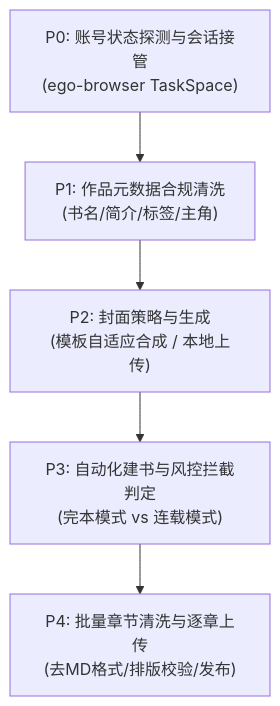
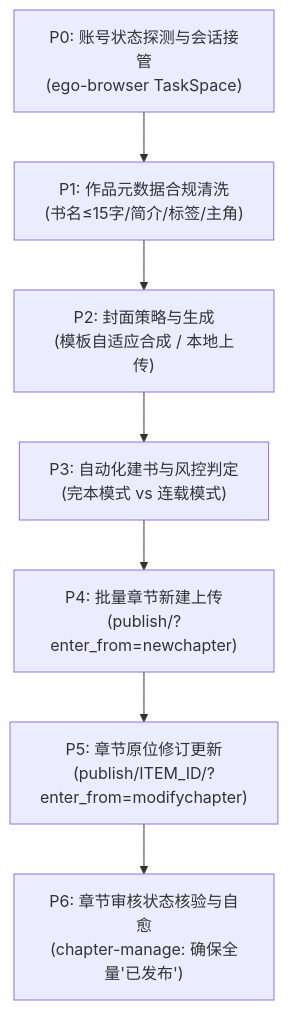
One commit to cnproduct/fanqie-novel-skills changed the diagram in skills/fanqie-auto-publisher/SKILL.md. Above: the diagram before and after it, drawn with Mermaid. The commit also changed other lines of this file and 13 other files, not shown here.

````diff
--- a/skills/fanqie-auto-publisher/SKILL.md
+++ b/skills/fanqie-auto-publisher/SKILL.md
@@ -32,7 +39,9 @@
 ```mermaid
 flowchart TD
-    P0["P0: 账号状态探测与会话接管<br/>(ego-browser TaskSpace)"] --> P1["P1: 作品元数据合规清洗<br/>(书名/简介/标签/主角)"]
+    P0["P0: 账号状态探测与会话接管<br/>(ego-browser TaskSpace)"] --> P1["P1: 作品元数据合规清洗<br/>(书名≤15字/简介/标签/主角)"]
     P1 --> P2["P2: 封面策略与生成<br/>(模板自适应合成 / 本地上传)"]
-    P2 --> P3["P3: 自动化建书与风控拦截判定<br/>(完本模式 vs 连载模式)"]
-    P3 --> P4["P4: 批量章节清洗与逐章上传<br/>(去MD格式/排版校验/发布)"]
+    P2 --> P3["P3: 自动化建书与风控判定<br/>(完本模式 vs 连载模式)"]
+    P3 --> P4["P4: 批量章节新建上传<br/>(publish/?enter_from=newchapter)"]
+    P4 --> P5["P5: 章节原位修订更新<br/>(publish/ITEM_ID/?enter_from=modifychapter)"]
+    P5 --> P6["P6: 章节审核状态核验与自愈<br/>(chapter-manage: 确保全量'已发布')"]
 ```
````
